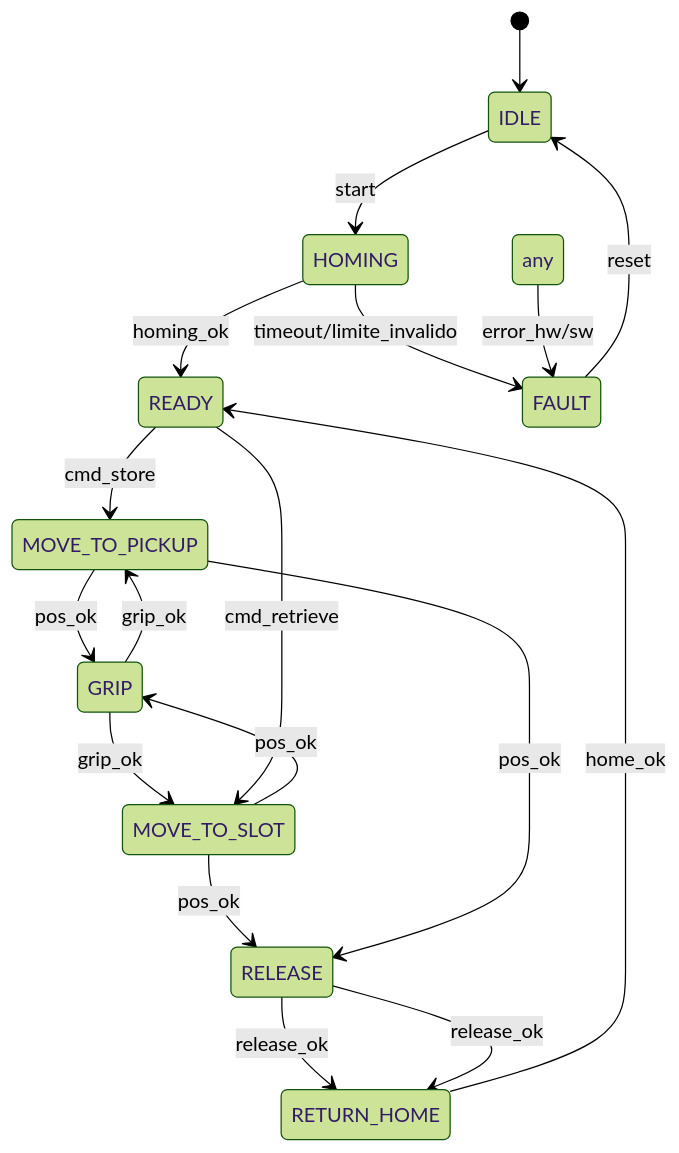
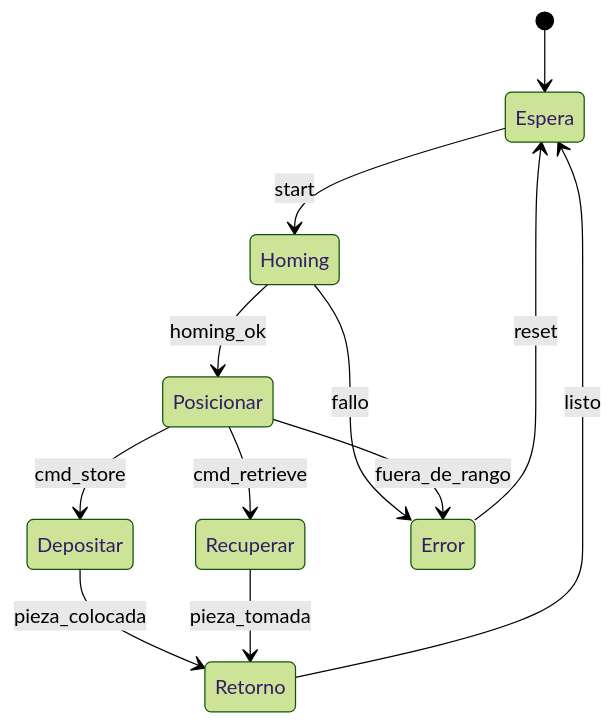
The third of 3 diagrams in README.md (SB-312/Proyecto-Intermedio-IIoT), drawn with Mermaid (forest theme) before and after one commit. The commit also changed other lines of this file, not shown here.

````diff
--- a/README.md
+++ b/README.md
@@ -162,23 +106,14 @@
 ```mermaid
 stateDiagram-v2
-    [*] --> IDLE
-    IDLE --> HOMING : start
-    HOMING --> READY : homing_ok
-    HOMING --> FAULT : timeout/limite_invalido
-
-    READY --> MOVE_TO_PICKUP : cmd_store
-    MOVE_TO_PICKUP --> GRIP : pos_ok
-    GRIP --> MOVE_TO_SLOT : grip_ok
-    MOVE_TO_SLOT --> RELEASE : pos_ok
-    RELEASE --> RETURN_HOME : release_ok
-    RETURN_HOME --> READY : home_ok
-
-    READY --> MOVE_TO_SLOT : cmd_retrieve
-    MOVE_TO_SLOT --> GRIP : pos_ok
-    GRIP --> MOVE_TO_PICKUP : grip_ok
-    MOVE_TO_PICKUP --> RELEASE : pos_ok
-    RELEASE --> RETURN_HOME : release_ok
-
-    any --> FAULT : error_hw/sw
-    FAULT --> IDLE : reset
+    [*] --> Espera
+    Espera --> Homing : start
+    Homing --> Posicionar : homing_ok
+    Posicionar --> Depositar : cmd_store
+    Posicionar --> Recuperar : cmd_retrieve
+    Depositar --> Retorno : pieza_colocada
+    Recuperar --> Retorno : pieza_tomada
+    Retorno --> Espera : listo
+    Homing --> Error : fallo
+    Posicionar --> Error : fuera_de_rango
+    Error --> Espera : reset
 ```
````
